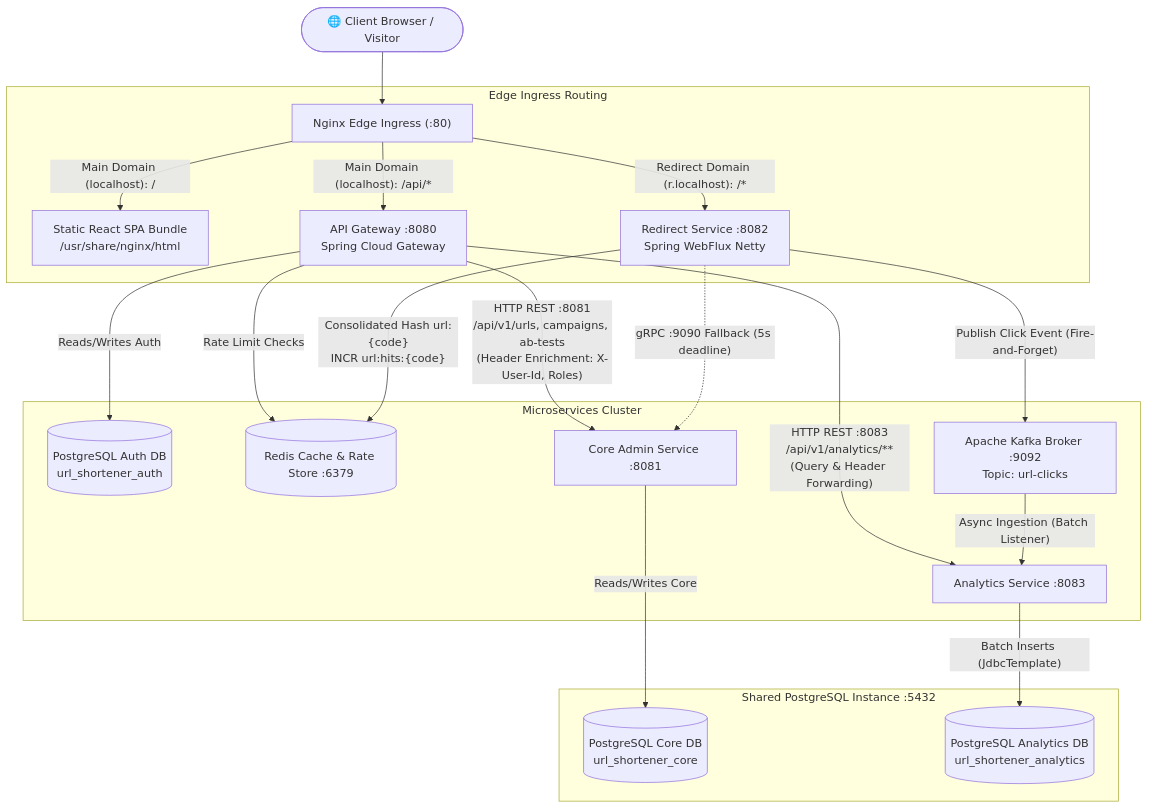
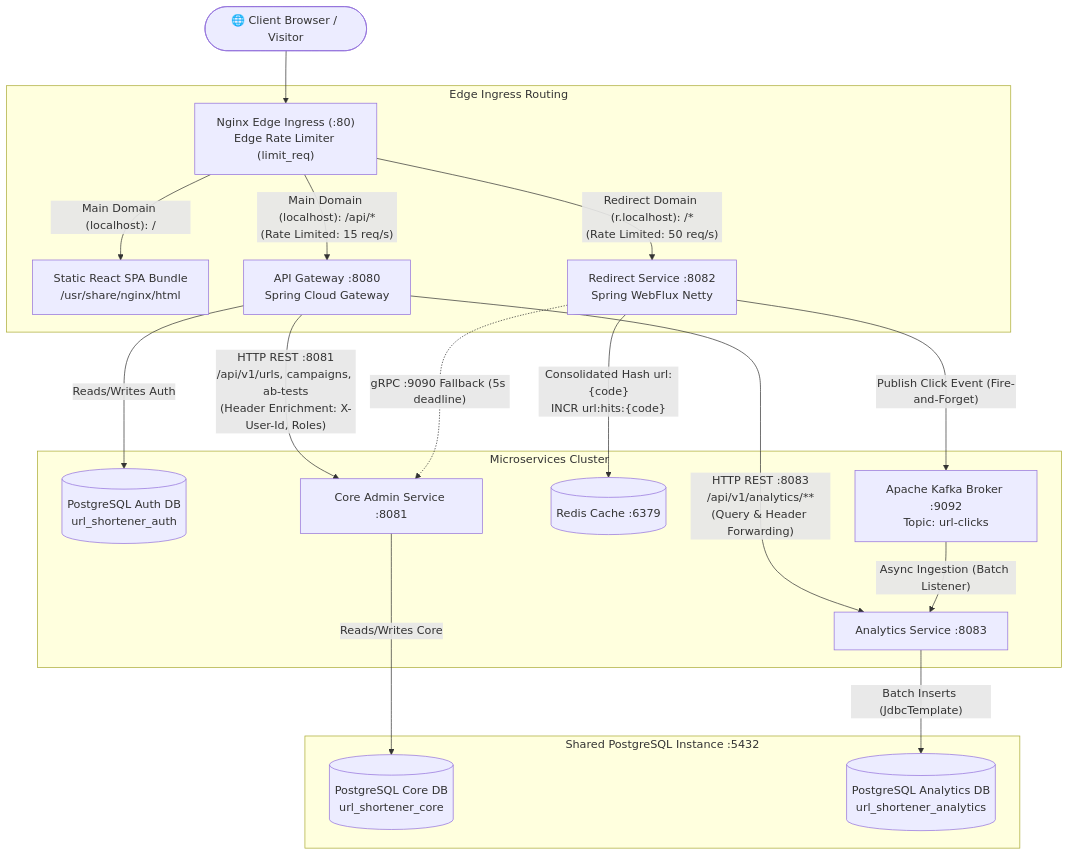
Before and after one commit to TheFastest599/url-shortener: the first of 3 diagrams in docs/url_shortener_design_doc.md, drawn with Mermaid. The commit also changed other lines of this file and 5 other files, not shown here.

Commit message:
fix: remove redis from api gateway, was not being used

````diff
--- a/docs/url_shortener_design_doc.md
+++ b/docs/url_shortener_design_doc.md
@@ -49,36 +49,35 @@
 ```mermaid
 graph TD
-    Client(["🌐 Client Browser / Visitor"]) --> Ingress["Nginx Edge Ingress (:80)"]
+    Client(["🌐 Client Browser / Visitor"]) --> Ingress["Nginx Edge Ingress (:80)<br/>Edge Rate Limiter (limit_req)"]
     
     subgraph Edge Ingress Routing
         Ingress -->|"Main Domain (localhost): /"| ReactSPA["Static React SPA Bundle<br/>/usr/share/nginx/html"]
-        Ingress -->|"Main Domain (localhost): /api/*"| API_Gateway["API Gateway :8080<br/>Spring Cloud Gateway"]
-        Ingress -->|"Redirect Domain (r.localhost): /*"| MS_Redirect["Redirect Service :8082<br/>Spring WebFlux Netty"]
+        Ingress -->|"Main Domain (localhost): /api/*<br/>(Rate Limited: 15 req/s)"| API_Gateway["API Gateway :8080<br/>Spring Cloud Gateway"]
+        Ingress -->|"Redirect Domain (r.localhost): /*<br/>(Rate Limited: 50 req/s)"| MS_Redirect["Redirect Service :8082<br/>Spring WebFlux Netty"]
     end
 
     subgraph Microservices Cluster
         %% API Gateway & Auth
         API_Gateway -->|Reads/Writes Auth| DB_Auth[("PostgreSQL Auth DB<br/>url_shortener_auth")]
-        API_Gateway -->|Rate Limit Checks| Redis_Shared[("Redis Cache & Rate Store :6379")]
 
         %% Downstream HTTP REST Routing & Header/Query Transformation
         API_Gateway -->|"HTTP REST :8081<br/>/api/v1/urls, campaigns, ab-tests<br/>(Header Enrichment: X-User-Id, Roles)"| MS_Core["Core Admin Service :8081"]
         API_Gateway -->|"HTTP REST :8083<br/>/api/v1/analytics/**<br/>(Query & Header Forwarding)"| MS_Analytics["Analytics Service :8083"]
 
         %% Redirect Service
-        MS_Redirect -->|"Consolidated Hash url:{code}<br/>INCR url:hits:{code}"| Redis_Shared
+        MS_Redirect -->|"Consolidated Hash url:{code}<br/>INCR url:hits:{code}"| Redis_Shared[("Redis Cache :6379")]
         MS_Redirect -.->|"gRPC :9090 Fallback (5s deadline)"| MS_Core
         MS_Redirect -->|"Publish Click Event (Fire-and-Forget)"| KafkaBroker["Apache Kafka Broker :9092<br/>Topic: url-clicks"]
     end
 
     subgraph Shared PostgreSQL Instance :5432
         DB_Auth
         DB_Core[("PostgreSQL Core DB<br/>url_shortener_core")]
         DB_Analytics[("PostgreSQL Analytics DB<br/>url_shortener_analytics")]
     end
 
     %% Core & Analytics DBs
     MS_Core -->|Reads/Writes Core| DB_Core
     KafkaBroker -->|"Async Ingestion (Batch Listener)"| MS_Analytics
     MS_Analytics -->|"Batch Inserts (JdbcTemplate)"| DB_Analytics
 ```
````
